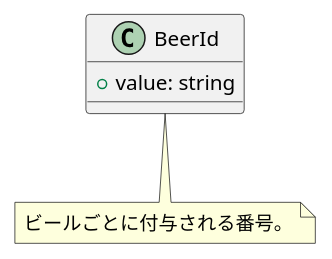
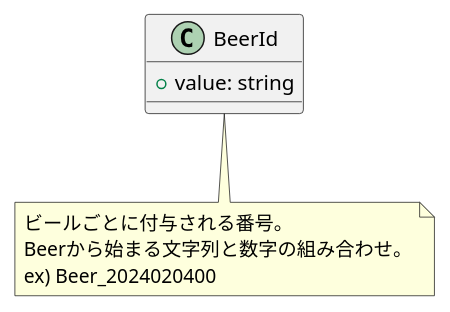
The diagram in src/Domain/Models/Beer/BeerId/BeerId.pu (hiroshiimaizumi0611/BeerStore_DDD_TypeScript), drawn with PlantUML before and after one commit.

```diff
--- a/src/Domain/Models/Beer/BeerId/BeerId.pu
+++ b/src/Domain/Models/Beer/BeerId/BeerId.pu
@@ -1,11 +1,13 @@
 @startuml BeerId
 
 class "BeerId" as BeerId {
     + value: string
 }
 
 note bottom of BeerId
     ビールごとに付与される番号。
+    Beerから始まる文字列と数字の組み合わせ。
+    ex) Beer_2024020400
 end note
 
 @enduml
```
